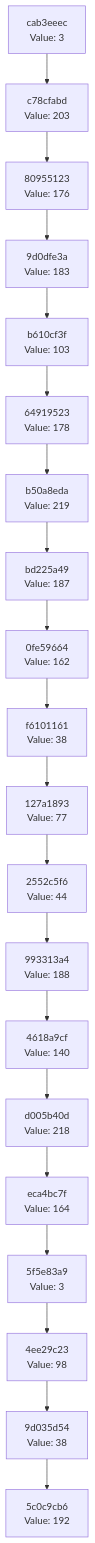
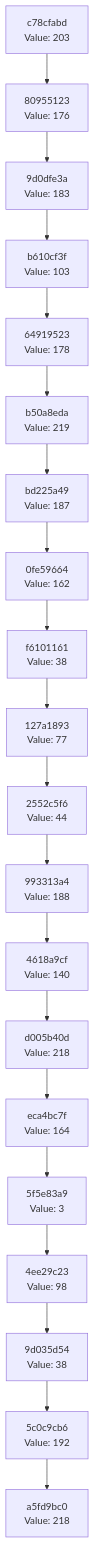
Before and after one commit to Abhisheksinha1506/hash-chain-evolver: the diagram in docs/CHAIN_VISUALIZATION.md, drawn with Mermaid. The commit also changed 2 other files, not shown here.

Commit message:
Evolution step: hash 0xDA → action executed

````diff
--- a/docs/CHAIN_VISUALIZATION.md
+++ b/docs/CHAIN_VISUALIZATION.md
@@ -3,42 +3,42 @@
 ```mermaid
 graph TD
-    C0["5c0c9cb6<br/>Value: 192"]
-    C1["9d035d54<br/>Value: 38"]
+    C0["a5fd9bc0<br/>Value: 218"]
+    C1["5c0c9cb6<br/>Value: 192"]
     C1 --> C0
-    C2["4ee29c23<br/>Value: 98"]
+    C2["9d035d54<br/>Value: 38"]
     C2 --> C1
-    C3["5f5e83a9<br/>Value: 3"]
+    C3["4ee29c23<br/>Value: 98"]
     C3 --> C2
-    C4["eca4bc7f<br/>Value: 164"]
+    C4["5f5e83a9<br/>Value: 3"]
     C4 --> C3
-    C5["d005b40d<br/>Value: 218"]
+    C5["eca4bc7f<br/>Value: 164"]
     C5 --> C4
-    C6["4618a9cf<br/>Value: 140"]
+    C6["d005b40d<br/>Value: 218"]
     C6 --> C5
-    C7["993313a4<br/>Value: 188"]
+    C7["4618a9cf<br/>Value: 140"]
     C7 --> C6
-    C8["2552c5f6<br/>Value: 44"]
+    C8["993313a4<br/>Value: 188"]
     C8 --> C7
-    C9["127a1893<br/>Value: 77"]
+    C9["2552c5f6<br/>Value: 44"]
     C9 --> C8
-    C10["f6101161<br/>Value: 38"]
+    C10["127a1893<br/>Value: 77"]
     C10 --> C9
-    C11["0fe59664<br/>Value: 162"]
+    C11["f6101161<br/>Value: 38"]
     C11 --> C10
-    C12["bd225a49<br/>Value: 187"]
+    C12["0fe59664<br/>Value: 162"]
     C12 --> C11
-    C13["b50a8eda<br/>Value: 219"]
+    C13["bd225a49<br/>Value: 187"]
     C13 --> C12
-    C14["64919523<br/>Value: 178"]
+    C14["b50a8eda<br/>Value: 219"]
     C14 --> C13
-    C15["b610cf3f<br/>Value: 103"]
+    C15["64919523<br/>Value: 178"]
     C15 --> C14
-    C16["9d0dfe3a<br/>Value: 183"]
+    C16["b610cf3f<br/>Value: 103"]
     C16 --> C15
-    C17["80955123<br/>Value: 176"]
+    C17["9d0dfe3a<br/>Value: 183"]
     C17 --> C16
-    C18["c78cfabd<br/>Value: 203"]
+    C18["80955123<br/>Value: 176"]
     C18 --> C17
-    C19["cab3eeec<br/>Value: 3"]
+    C19["c78cfabd<br/>Value: 203"]
     C19 --> C18
 ```
````
